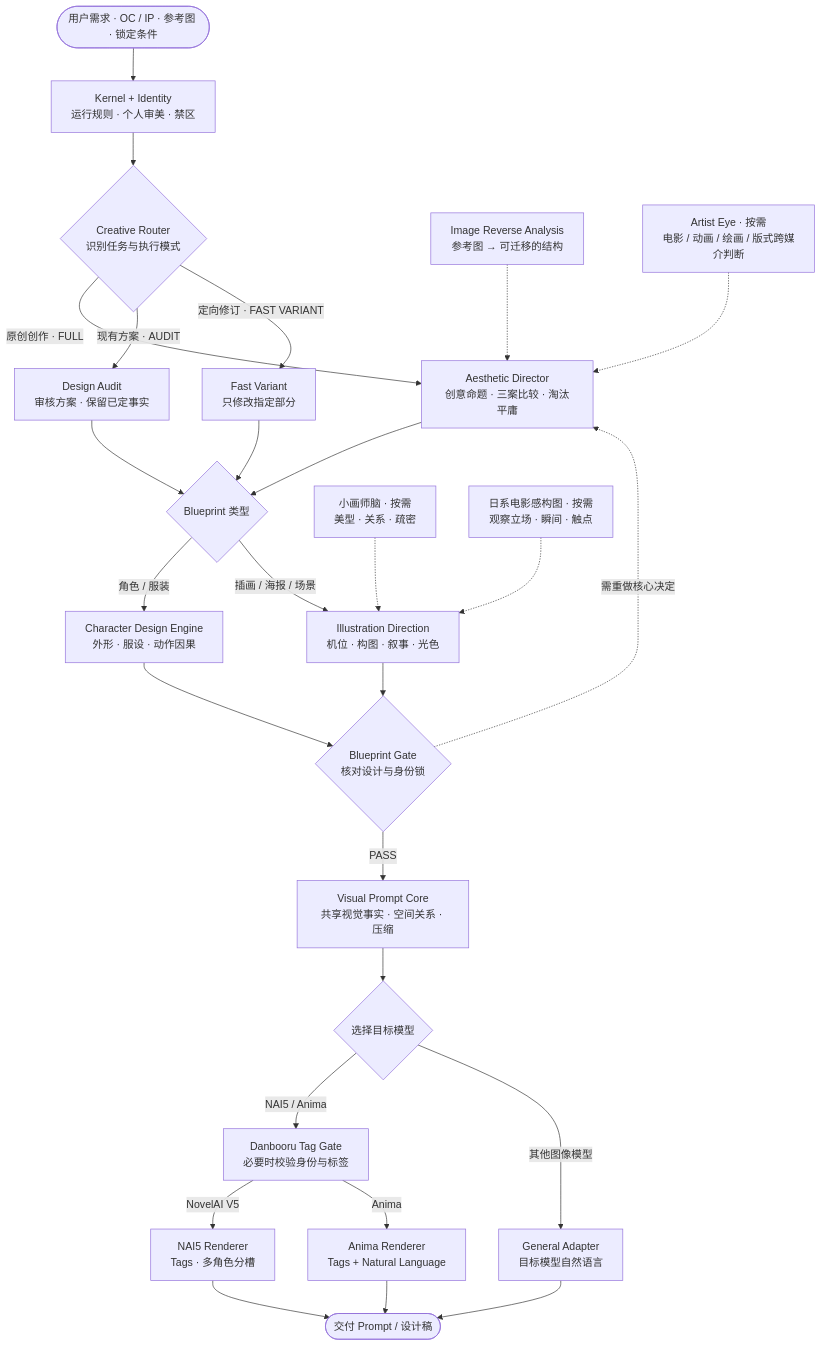
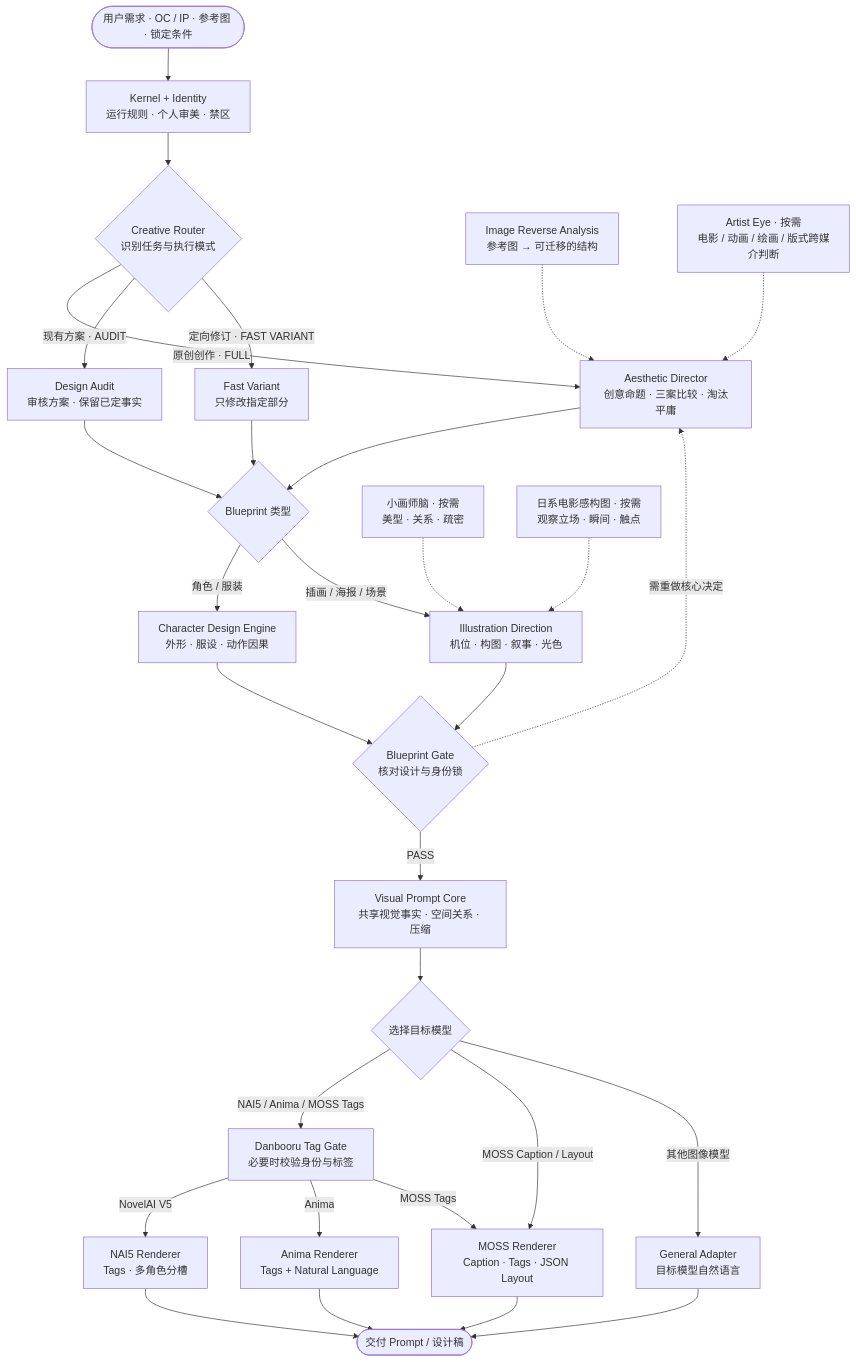
One commit to Tera-Dark/personal-agent-skills changed the first of 2 diagrams in README.md. Above: the diagram before and after it, drawn with Mermaid. The commit also changed other lines of this file and 23 other files, not shown here.

First line of the commit message:
feat(v5.2): add official-grounded MOSS-Image prompt renderer (#12)

````diff
--- a/README.md
+++ b/README.md
@@ -26,37 +27,40 @@
 ```mermaid
 flowchart TB
     INPUT(["用户需求 · OC / IP · 参考图 · 锁定条件"])
     INPUT --> KERNEL["Kernel + Identity<br/>运行规则 · 个人审美 · 禁区"]
     KERNEL --> ROUTER{"Creative Router<br/>识别任务与执行模式"}
 
     ROUTER -->|"原创创作 · FULL"| DIRECTOR["Aesthetic Director<br/>创意命题 · 三案比较 · 淘汰平庸"]
     ROUTER -->|"现有方案 · AUDIT"| AUDIT["Design Audit<br/>审核方案 · 保留已定事实"]
     ROUTER -->|"定向修订 · FAST VARIANT"| FAST["Fast Variant<br/>只修改指定部分"]
 
     REFERENCE["Image Reverse Analysis<br/>参考图 → 可迁移的结构"] -.-> DIRECTOR
     EYE["Artist Eye · 按需<br/>电影 / 动画 / 绘画 / 版式跨媒介判断"] -.-> DIRECTOR
 
     DIRECTOR --> SPECIALIST{"Blueprint 类型"}
     AUDIT --> SPECIALIST
     FAST --> SPECIALIST
     SPECIALIST -->|"角色 / 服装"| CHARACTER["Character Design Engine<br/>外形 · 服设 · 动作因果"]
     SPECIALIST -->|"插画 / 海报 / 场景"| ILLUSTRATION["Illustration Direction<br/>机位 · 构图 · 叙事 · 光色"]
 
     SMALL["小画师脑 · 按需<br/>美型 · 关系 · 疏密"] -.-> ILLUSTRATION
     CAMERA["日系电影感构图 · 按需<br/>观察立场 · 瞬间 · 触点"] -.-> ILLUSTRATION
 
     CHARACTER --> BLUEPRINT{"Blueprint Gate<br/>核对设计与身份锁"}
     ILLUSTRATION --> BLUEPRINT
     BLUEPRINT -->|"PASS"| CORE["Visual Prompt Core<br/>共享视觉事实 · 空间关系 · 压缩"]
     BLUEPRINT -.->|"需重做核心决定"| DIRECTOR
 
     CORE --> TARGET{"选择目标模型"}
-    TARGET -->|"NAI5 / Anima"| GATE["Danbooru Tag Gate<br/>必要时校验身份与标签"]
+    TARGET -->|"NAI5 / Anima / MOSS Tags"| GATE["Danbooru Tag Gate<br/>必要时校验身份与标签"]
+    TARGET -->|"MOSS Caption / Layout"| MOSS["MOSS Renderer<br/>Caption · Tags · JSON Layout"]
     GATE -->|"NovelAI V5"| NAI5["NAI5 Renderer<br/>Tags · 多角色分槽"]
     GATE -->|"Anima"| ANIMA["Anima Renderer<br/>Tags + Natural Language"]
+    GATE -->|"MOSS Tags"| MOSS
     TARGET -->|"其他图像模型"| GENERIC["General Adapter<br/>目标模型自然语言"]
 
     NAI5 --> OUTPUT(["交付 Prompt / 设计稿"])
     ANIMA --> OUTPUT
+    MOSS --> OUTPUT
     GENERIC --> OUTPUT
 ```
````
